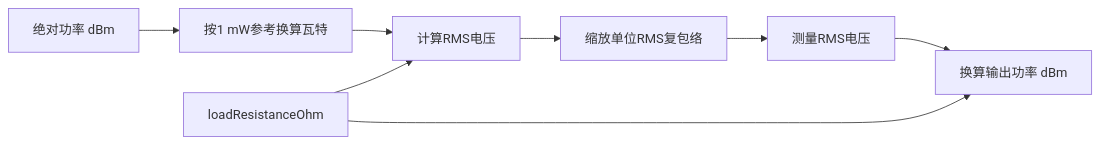
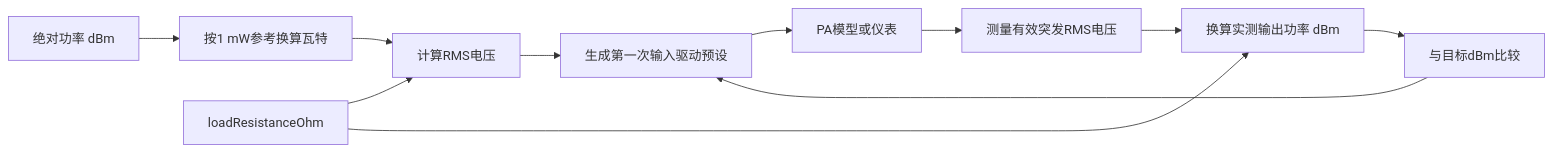
The fourth of 5 diagrams in doc/SigProc.md (niyilu45/DPD_ILC), drawn with Mermaid before and after one commit. The commit also changed other lines of this file and 14 other files, not shown here.

````diff
--- a/doc/SigProc.md
+++ b/doc/SigProc.md
@@ -514,10 +514,13 @@
 ```mermaid
 flowchart LR
     dbm["绝对功率 dBm"] --> watt["按1 mW参考换算瓦特"]
     resistance["loadResistanceOhm"] --> rms["计算RMS电压"]
     watt --> rms
-    rms --> signal["缩放单位RMS复包络"]
-    signal --> measured["测量RMS电压"]
-    measured --> dbmOutput["换算输出功率 dBm"]
+    rms --> preset["生成第一次输入驱动预设"]
+    preset --> pa["PA模型或仪表"]
+    pa --> measured["测量有效突发RMS电压"]
+    measured --> dbmOutput["换算实测输出功率 dBm"]
     resistance --> dbmOutput
+    dbmOutput --> error["与目标dBm比较"]
+    error --> preset
 ```
````
